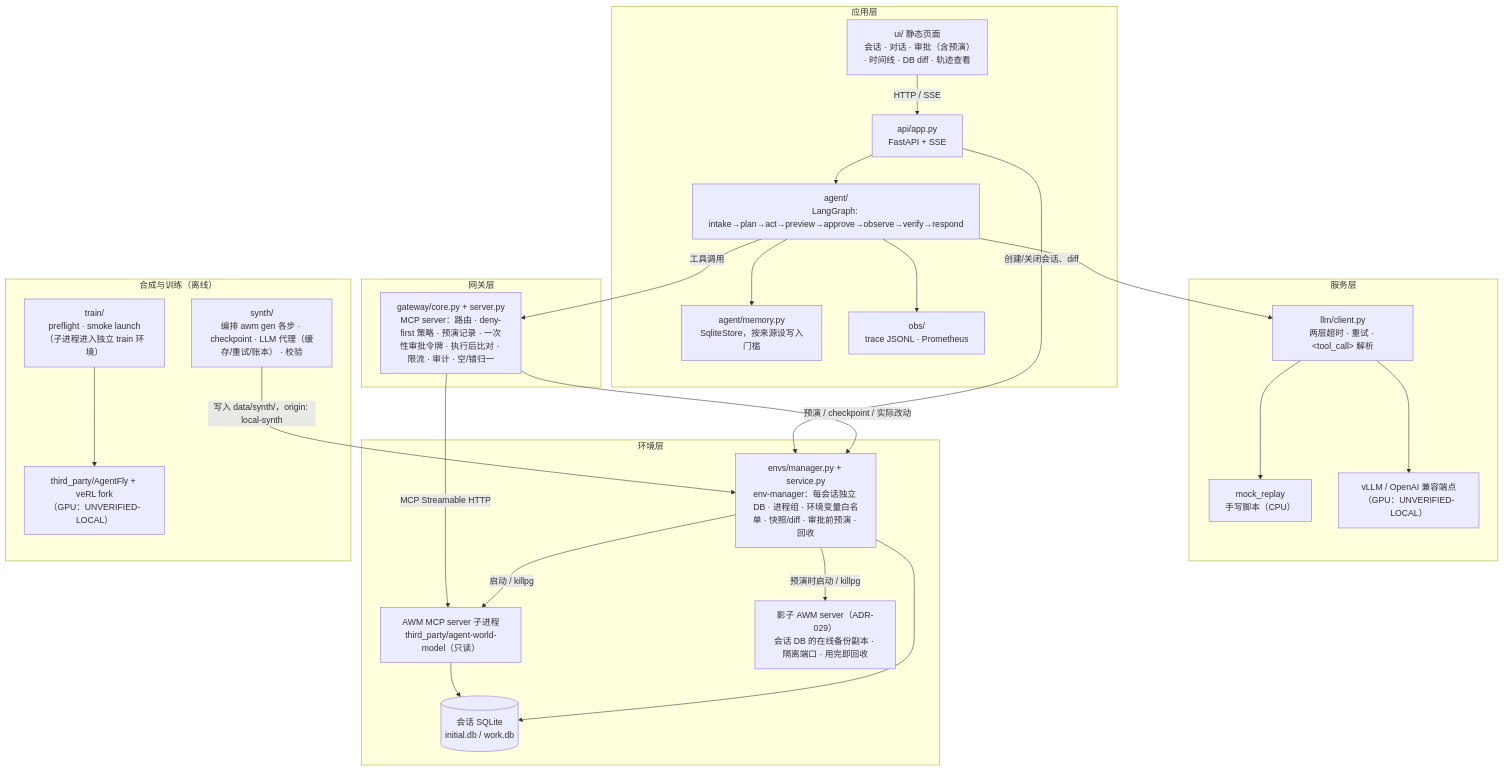
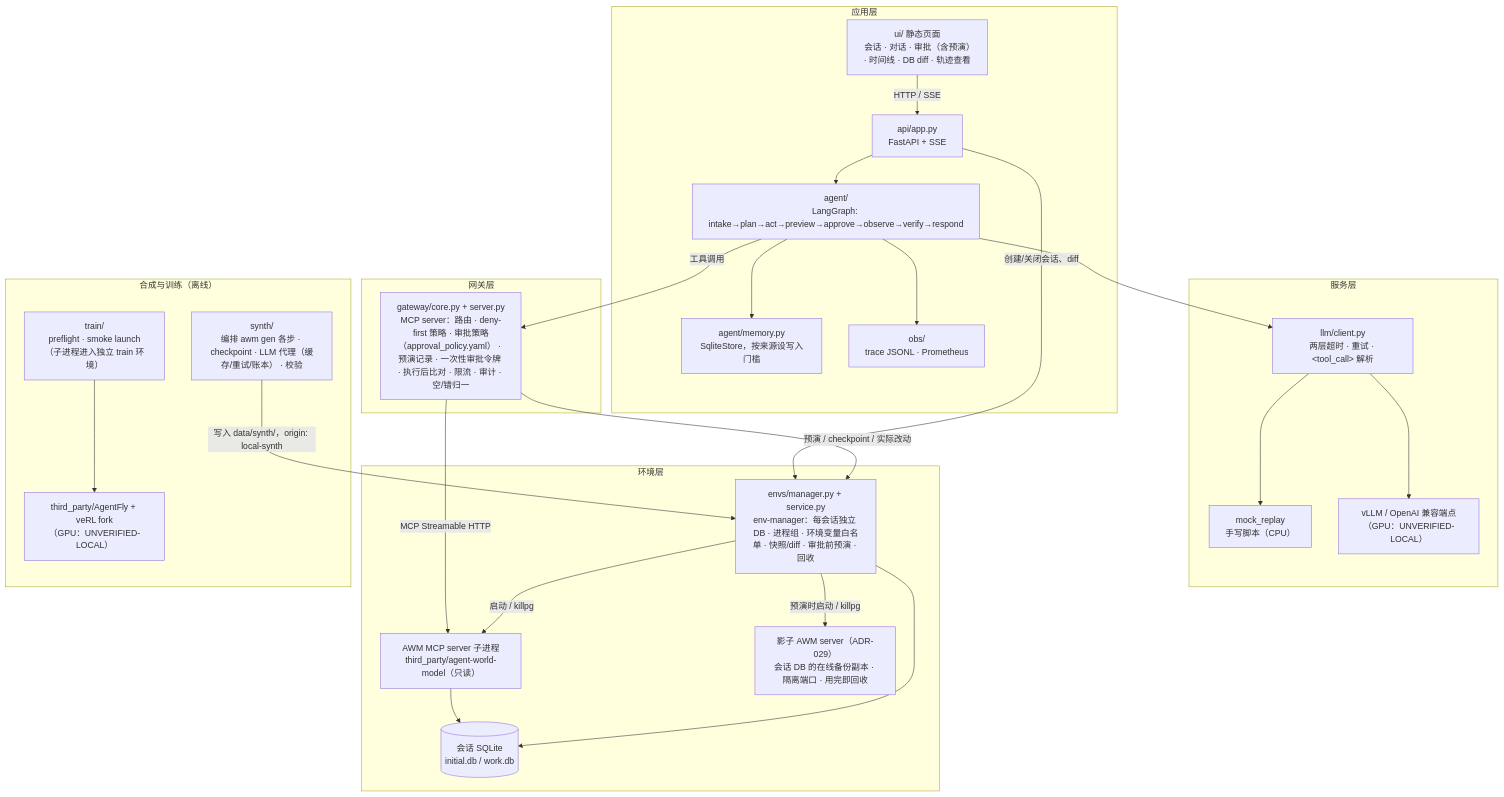
Before and after one commit to INF-NAN/BizAgent: the first of 3 diagrams in docs/ARCHITECTURE.md, drawn with Mermaid. The commit also changed other lines of this file and 3 other files, not shown here.

Commit message:
docs: describe the approval policy in the walkthrough and architecture

````diff
--- a/docs/ARCHITECTURE.md
+++ b/docs/ARCHITECTURE.md
@@ -7,45 +7,45 @@
 ```mermaid
 flowchart TB
   subgraph APP["应用层"]
     UI["ui/ 静态页面<br/>会话 · 对话 · 审批（含预演）· 时间线 · DB diff · 轨迹查看"]
     API["api/app.py<br/>FastAPI + SSE"]
     AGENT["agent/<br/>LangGraph: intake→plan→act→preview→approve→observe→verify→respond"]
     MEM["agent/memory.py<br/>SqliteStore，按来源设写入门槛"]
     OBS["obs/<br/>trace JSONL · Prometheus"]
   end
   subgraph SERVE["服务层"]
     LLM["llm/client.py<br/>两层超时 · 重试 · &lt;tool_call&gt; 解析"]
     MOCK["mock_replay<br/>手写脚本（CPU）"]
     VLLM["vLLM / OpenAI 兼容端点<br/>（GPU：UNVERIFIED-LOCAL）"]
   end
   subgraph GW["网关层"]
-    GATE["gateway/core.py + server.py<br/>MCP server：路由 · deny-first 策略 · 预演记录 · 一次性审批令牌 · 执行后比对 · 限流 · 审计 · 空/错归一"]
+    GATE["gateway/core.py + server.py<br/>MCP server：路由 · deny-first 策略 · 审批策略（approval_policy.yaml） · 预演记录 · 一次性审批令牌 · 执行后比对 · 限流 · 审计 · 空/错归一"]
   end
   subgraph ENV["环境层"]
     MGR["envs/manager.py + service.py<br/>env-manager：每会话独立 DB · 进程组 · 环境变量白名单 · 快照/diff · 审批前预演 · 回收"]
     AWMSRV["AWM MCP server 子进程<br/>third_party/agent-world-model（只读）"]
     DB[("会话 SQLite<br/>initial.db / work.db")]
     SHADOW["影子 AWM server（ADR-029）<br/>会话 DB 的在线备份副本 · 隔离端口 · 用完即回收"]
   end
   subgraph OFF["合成与训练（离线）"]
     SYN["synth/<br/>编排 awm gen 各步 · checkpoint · LLM 代理（缓存/重试/账本） · 校验"]
     TRAIN["train/<br/>preflight · smoke launch（子进程进入独立 train 环境）"]
     AF["third_party/AgentFly + veRL fork<br/>（GPU：UNVERIFIED-LOCAL）"]
   end
 
   UI -->|HTTP / SSE| API --> AGENT
   AGENT --> MEM
   AGENT --> OBS
   AGENT --> LLM
   LLM --> MOCK
   LLM --> VLLM
   AGENT -->|工具调用| GATE
   GATE -->|MCP Streamable HTTP| AWMSRV --> DB
   API -->|创建/关闭会话、diff| MGR
   MGR -->|启动 / killpg| AWMSRV
   MGR --> DB
   GATE -->|预演 / checkpoint / 实际改动| MGR
   MGR -->|预演时启动 / killpg| SHADOW
   SYN -->|写入 data/synth/，origin: local-synth| MGR
   TRAIN --> AF
 ```
````
